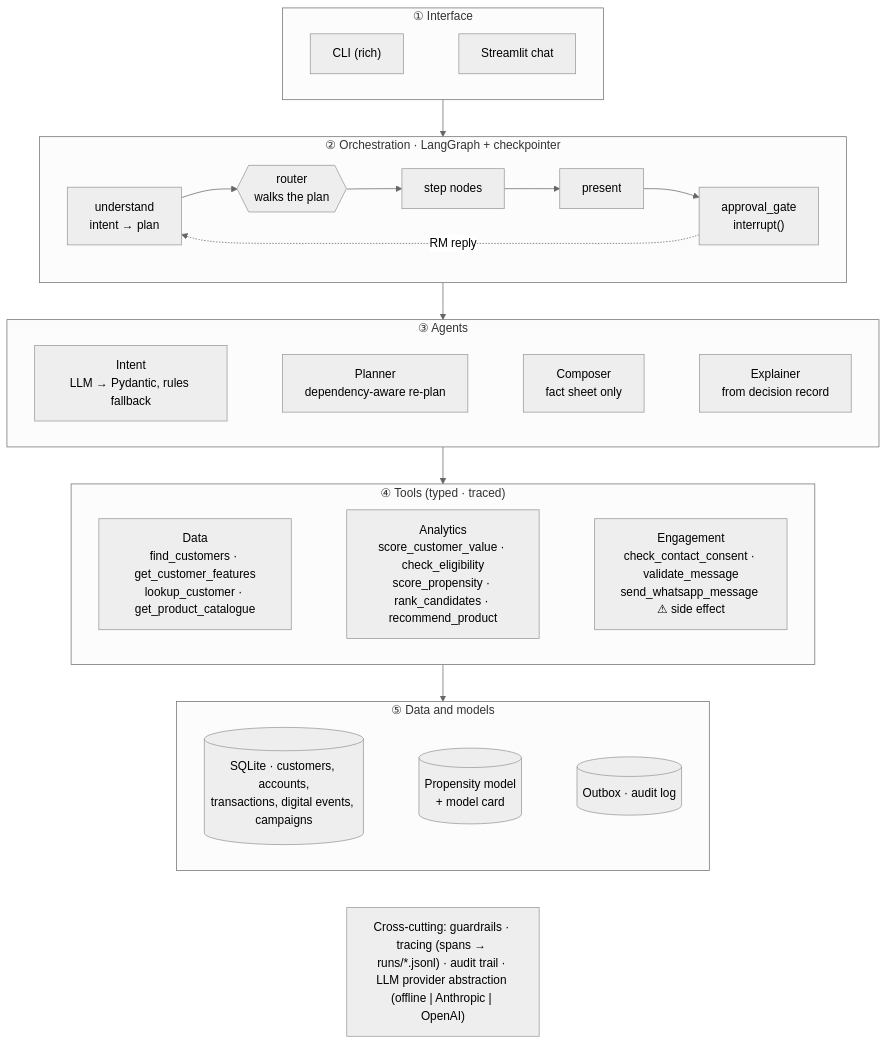
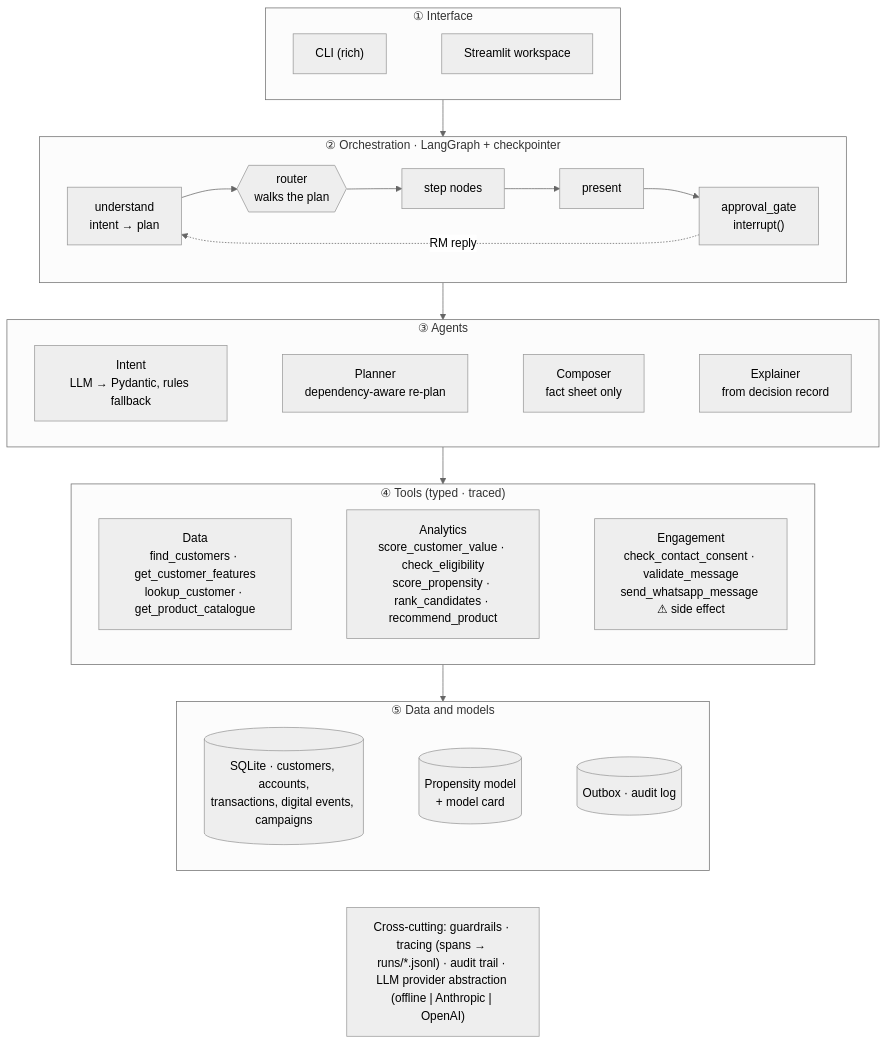
Before and after one commit to malcolm61291/RM-Copilot: the first of 3 diagrams in README.md, drawn with Mermaid (neutral theme). The commit also changed other lines of this file and 14 other files, not shown here.

````diff
--- a/README.md
+++ b/README.md
@@ -65,27 +66,27 @@
 ```mermaid
 flowchart TB
     subgraph I["① Interface"]
         direction LR
-        CLI["CLI (rich)"] ~~~ UI["Streamlit chat"]
+        CLI["CLI (rich)"] ~~~ UI["Streamlit workspace"]
     end
     subgraph O["② Orchestration · LangGraph + checkpointer"]
         direction LR
         U["understand<br/>intent → plan"] --> R{{"router<br/>walks the plan"}} --> S["step nodes"] --> P["present"] --> G["approval_gate<br/>interrupt()"]
     end
     subgraph A["③ Agents"]
         direction LR
         IA["Intent<br/>LLM → Pydantic, rules fallback"] ~~~ PL["Planner<br/>dependency-aware re-plan"] ~~~ CO["Composer<br/>fact sheet only"] ~~~ EX["Explainer<br/>from decision record"]
     end
     subgraph T["④ Tools (typed · traced)"]
         direction LR
         T1["Data<br/>find_customers · get_customer_features<br/>lookup_customer · get_product_catalogue"] ~~~ T2["Analytics<br/>score_customer_value · check_eligibility<br/>score_propensity · rank_candidates · recommend_product"] ~~~ T3["Engagement<br/>check_contact_consent · validate_message<br/>send_whatsapp_message ⚠ side effect"]
     end
     subgraph D["⑤ Data and models"]
         direction LR
         DB[("SQLite · customers, accounts,<br/>transactions, digital events, campaigns")] ~~~ M[("Propensity model<br/>+ model card")] ~~~ OB[("Outbox · audit log")]
     end
     I --> O --> A --> T --> D
     G -. "RM reply" .-> U
     X["Cross-cutting: guardrails · tracing (spans → runs/*.jsonl) · audit trail · LLM provider abstraction (offline | Anthropic | OpenAI)"]
     D ~~~ X
 ```
````
